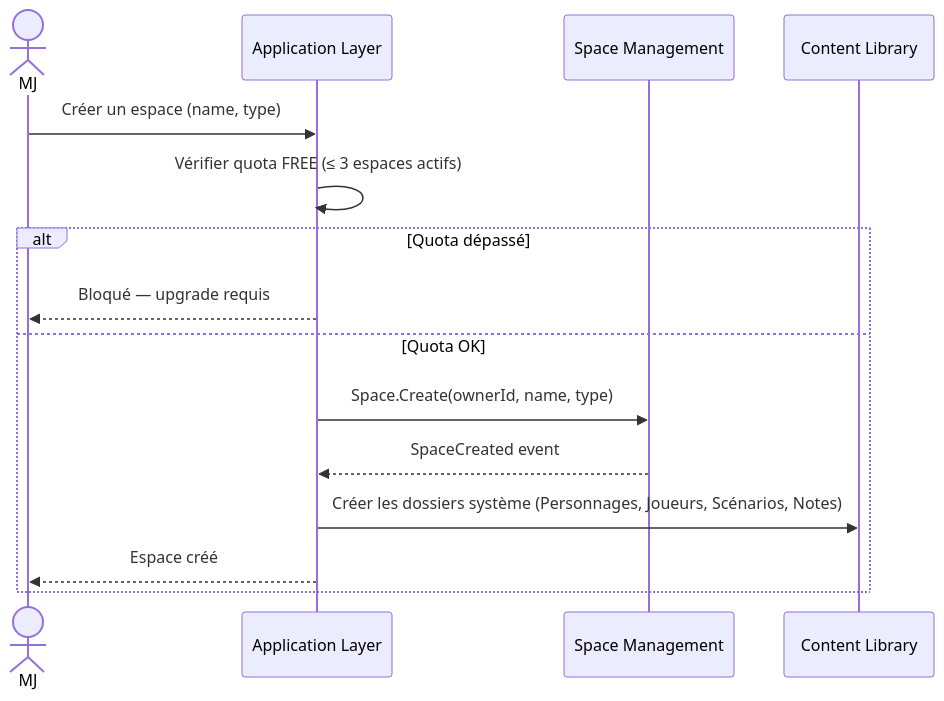
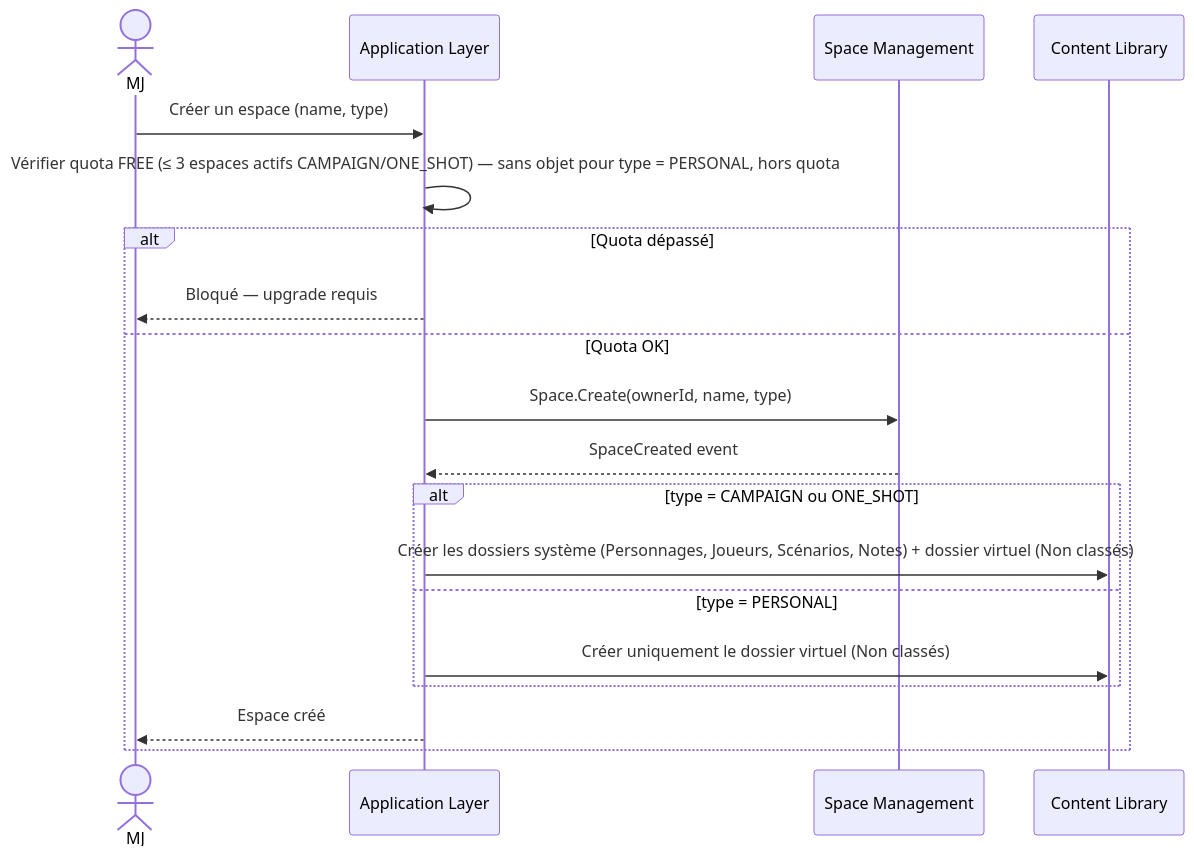
Before and after one commit to 2025-10-CDA-ECO-P6/PM-micro-saas: the first of 7 diagrams in docs/domaine/space-management/flows.md, drawn with Mermaid. The commit also changed other lines of this file and 46 other files, not shown here.

````diff
--- a/docs/domaine/space-management/flows.md
+++ b/docs/domaine/space-management/flows.md
@@ -5,18 +5,22 @@
 ```mermaid
 sequenceDiagram
     actor MJ
     participant App as Application Layer
     participant SM as Space Management
     participant CL as Content Library
 
     MJ->>App: Créer un espace (name, type)
-    App->>App: Vérifier quota FREE (≤ 3 espaces actifs)
+    App->>App: Vérifier quota FREE (≤ 3 espaces actifs CAMPAIGN/ONE_SHOT) — sans objet pour type = PERSONAL, hors quota
     alt Quota dépassé
         App-->>MJ: Bloqué — upgrade requis
     else Quota OK
         App->>SM: Space.Create(ownerId, name, type)
         SM-->>App: SpaceCreated event
-        App->>CL: Créer les dossiers système (Personnages, Joueurs, Scénarios, Notes)
+        alt type = CAMPAIGN ou ONE_SHOT
+            App->>CL: Créer les dossiers système (Personnages, Joueurs, Scénarios, Notes) + dossier virtuel (Non classés)
+        else type = PERSONAL
+            App->>CL: Créer uniquement le dossier virtuel (Non classés)
+        end
         App-->>MJ: Espace créé
     end
 ```
````
